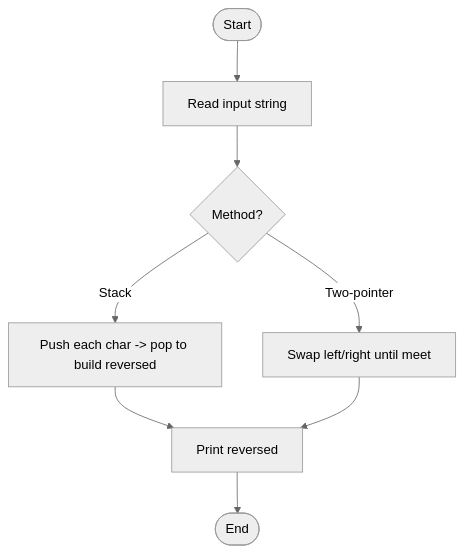
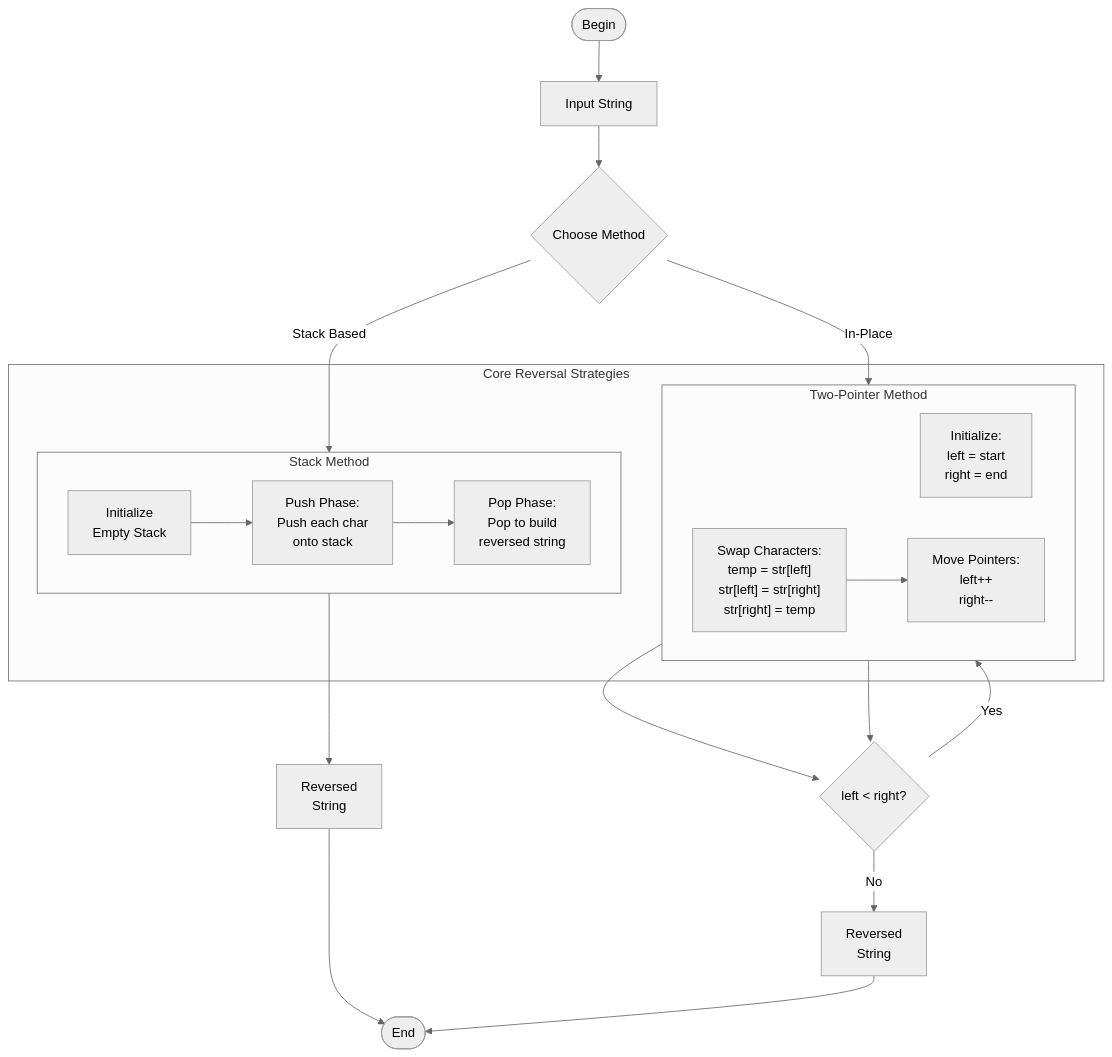
The diagram in string_reversal.md (toanthanh1/c_code), drawn with Mermaid (neutral theme) before and after one commit. The commit also changed other lines of this file and 16 other files, not shown here.

````diff
--- a/string_reversal.md
+++ b/string_reversal.md
@@ -25,10 +25,55 @@
 ```mermaid
 flowchart TD
-  Start([Start]) --> Read[Read input string]
-  Read --> Choice{Method?}
-  Choice -->|Stack| Stack[Push each char -> pop to build reversed]
-  Choice -->|Two-pointer| TwoPtr[Swap left/right until meet]
-  Stack --> Print[Print reversed]
-  TwoPtr --> Print
-  Print --> End([End])
+    Begin([Begin]) --> Input["Input String"]
+
+    subgraph "Core Reversal Strategies"
+        subgraph "Stack Method"
+            direction LR
+            Stack["Initialize
+            Empty Stack"]
+            
+            PushPhase["Push Phase:
+            Push each char
+            onto stack"]
+            
+            PopPhase["Pop Phase:
+            Pop to build
+            reversed string"]
+        end
+        
+        subgraph "Two-Pointer Method"
+            direction LR
+            Init["Initialize:
+            left = start
+            right = end"]
+            
+            Swap["Swap Characters:
+            temp = str[left]
+            str[left] = str[right]
+            str[right] = temp"]
+            
+            Move["Move Pointers:
+            left++
+            right--"]
+        end
+    end
+
+    Input --> Method{"Choose Method"}
+    
+    Method -->|Stack Based| Stack
+    Stack --> PushPhase
+    PushPhase --> PopPhase
+    PopPhase --> Result1["Reversed
+    String"]
+    
+    Method -->|In-Place| Init
+    Init --> Check{"left < right?"}
+    Check -->|Yes| Swap
+    Swap --> Move
+    Move --> Check
+    Check -->|No| Result2["Reversed
+    String"]
+    
+    Result1 --> End([End])
+    Result2 --> End
 ```
````
